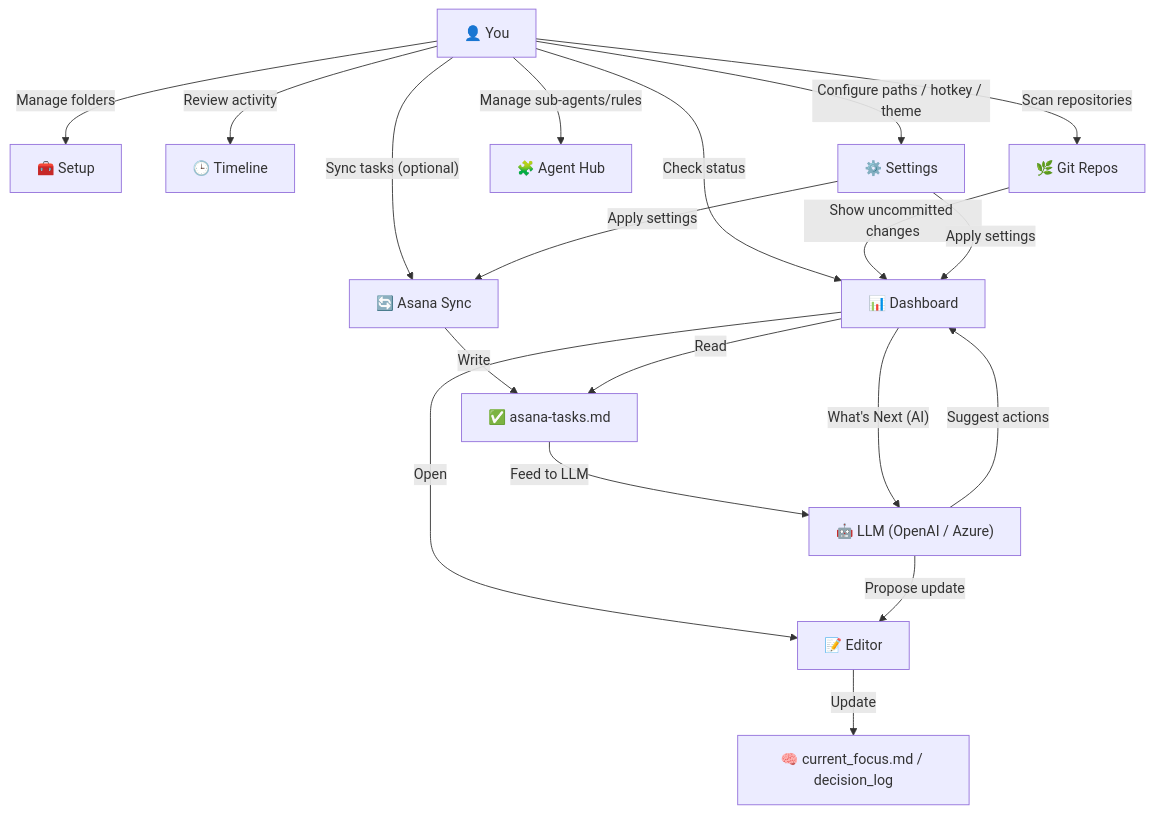
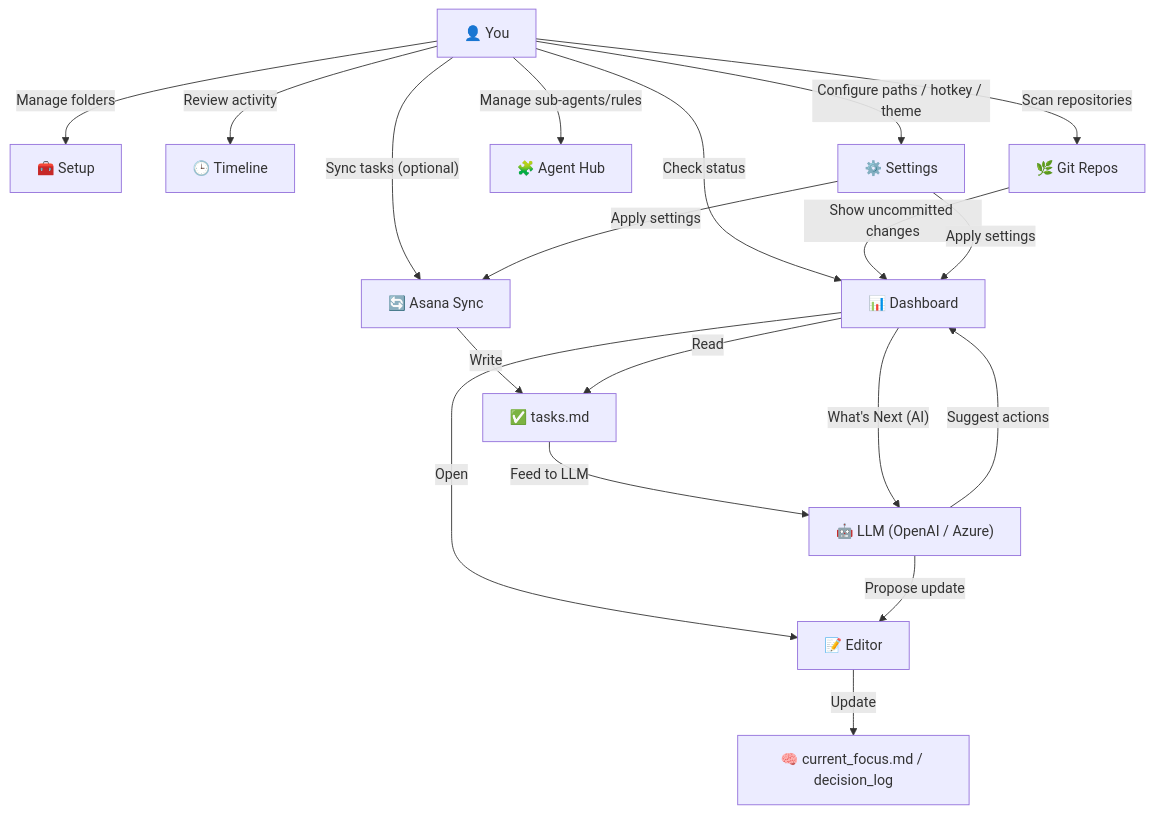
The second of 2 diagrams in docs/daily-workflow.md (yt3trees/ProjectCurator), drawn with Mermaid before and after one commit. The commit also changed other lines of this file and 34 other files, not shown here.

````diff
--- a/docs/daily-workflow.md
+++ b/docs/daily-workflow.md
@@ -37,24 +53,24 @@
 ```mermaid
 flowchart TD
     U["👤 You"] -->|"Check status"| DB["📊 Dashboard"]
     DB -->|"Open"| ED["📝 Editor"]
     ED -->|"Update"| CTX["🧠 current_focus.md / decision_log"]
 
     U -->|"Sync tasks (optional)"| AS["🔄 Asana Sync"]
-    AS -->|"Write"| TASKS["✅ asana-tasks.md"]
+    AS -->|"Write"| TASKS["✅ tasks.md"]
     DB -->|"Read"| TASKS
     TASKS -->|"Feed to LLM"| LLM["🤖 LLM (OpenAI / Azure)"]
     DB -->|"What's Next (AI)"| LLM
     LLM -->|"Propose update"| ED
     LLM -->|"Suggest actions"| DB
 
     U -->|"Manage folders"| SU["🧰 Setup"]
     U -->|"Review activity"| TL["🕒 Timeline"]
     U -->|"Scan repositories"| GR["🌿 Git Repos"]
     U -->|"Manage sub-agents/rules"| AH["🧩 Agent Hub"]
     U -->|"Configure paths / hotkey / theme"| ST["⚙️ Settings"]
 
     GR -->|"Show uncommitted changes"| DB
     ST -->|"Apply settings"| DB
     ST -->|"Apply settings"| AS
 ```
````
